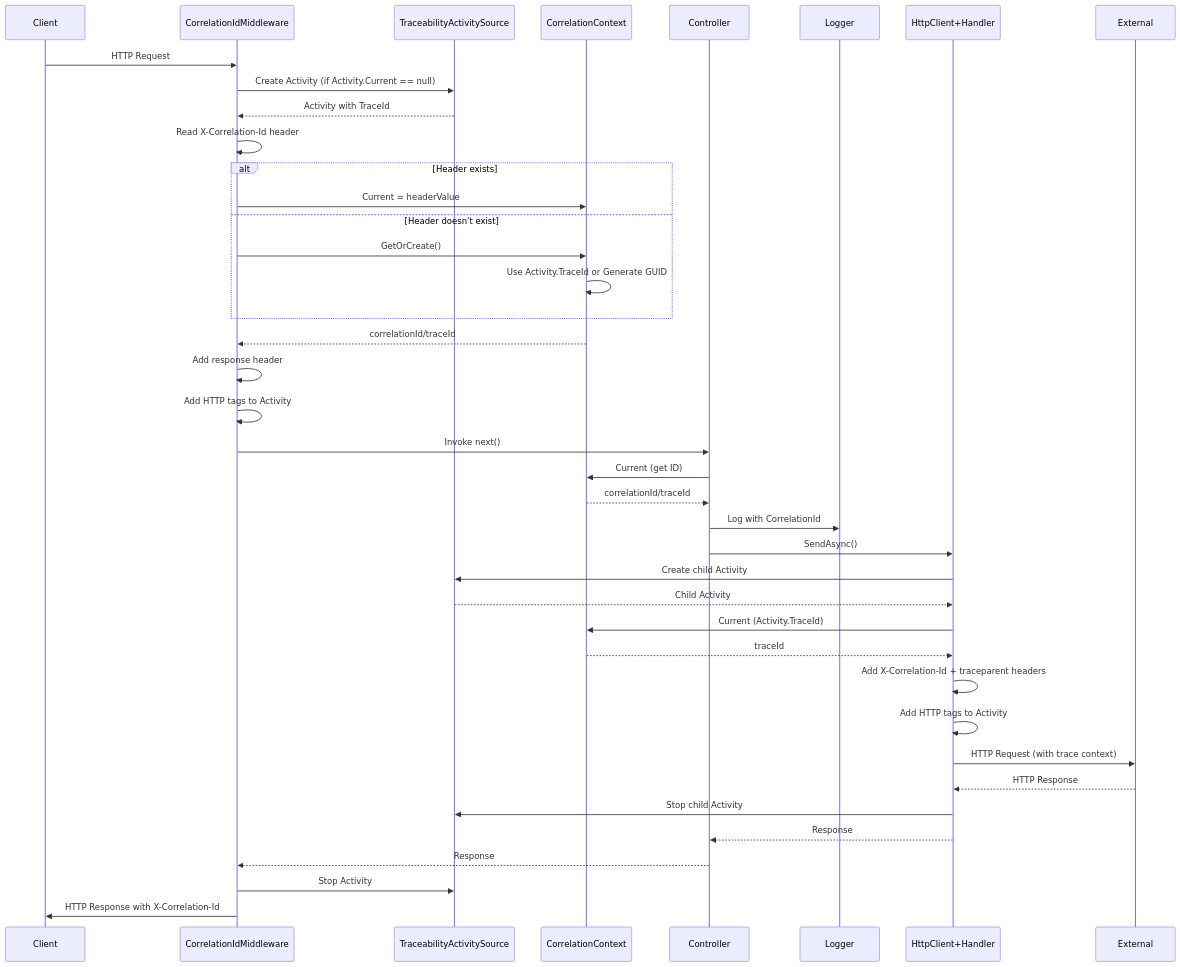
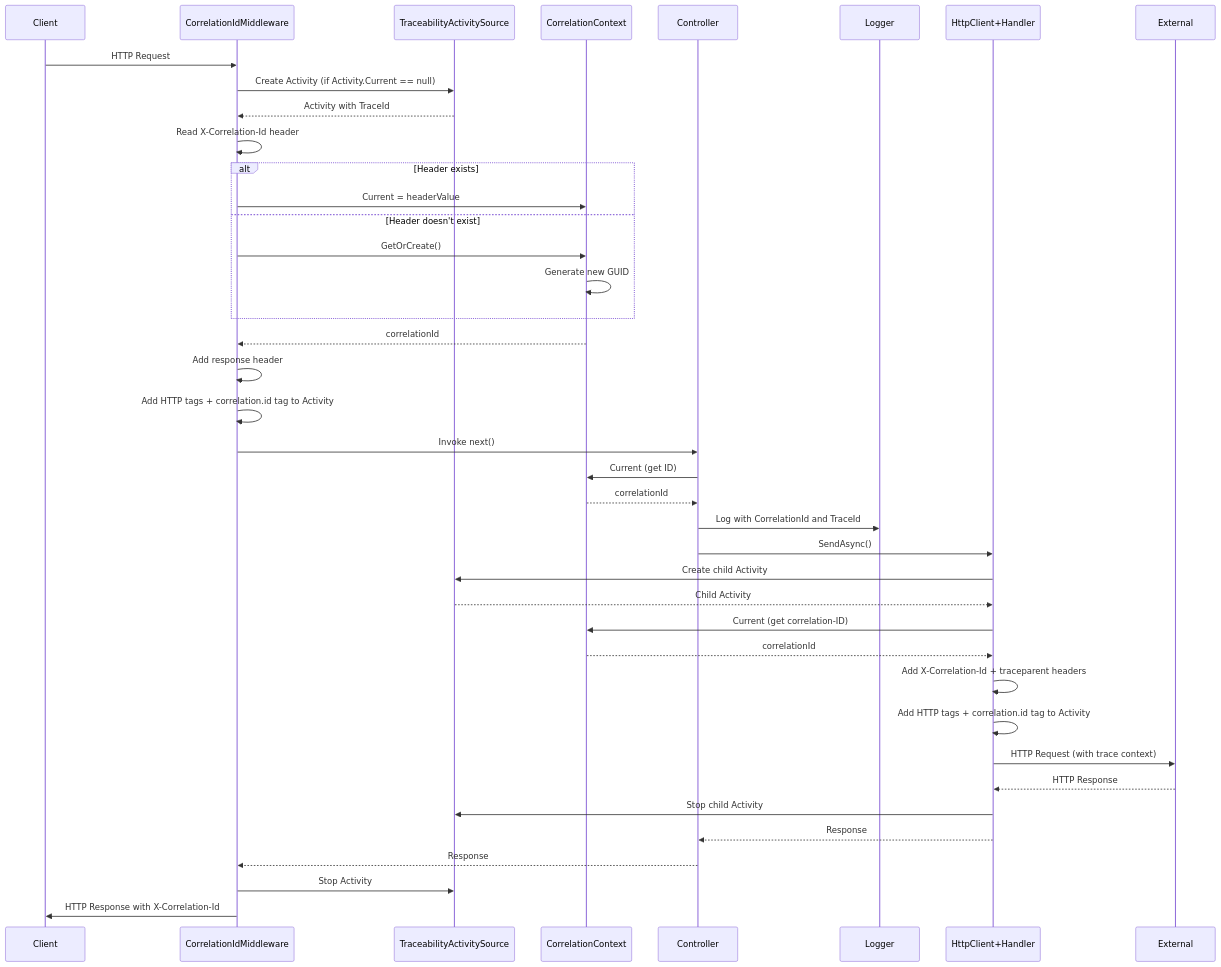
One commit to whitebeardit/traceability changed the third of 8 diagrams in docs/agents/architecture.md. Above: the diagram before and after it, drawn with Mermaid. The commit also changed other lines of this file and 38 other files, not shown here.

Commit message:
feat(core): refactor correlation-id independence from trace ID (#33)

````diff
--- a/docs/agents/architecture.md
+++ b/docs/agents/architecture.md
@@ -91,43 +93,43 @@
 ```mermaid
 sequenceDiagram
     participant Client
     participant Middleware as CorrelationIdMiddleware
     participant ActivitySource as TraceabilityActivitySource
     participant Context as CorrelationContext
     participant Controller
     participant Logger
     participant HttpClient as HttpClient+Handler
     participant External
 
     Client->>Middleware: HTTP Request
     Middleware->>ActivitySource: Create Activity (if Activity.Current == null)
     ActivitySource-->>Middleware: Activity with TraceId
     Middleware->>Middleware: Read X-Correlation-Id header
     alt Header exists
         Middleware->>Context: Current = headerValue
     else Header doesn't exist
         Middleware->>Context: GetOrCreate()
-        Context->>Context: Use Activity.TraceId or Generate GUID
+        Context->>Context: Generate new GUID
     end
-    Context-->>Middleware: correlationId/traceId
+    Context-->>Middleware: correlationId
     Middleware->>Middleware: Add response header
-    Middleware->>Middleware: Add HTTP tags to Activity
+    Middleware->>Middleware: Add HTTP tags + correlation.id tag to Activity
     Middleware->>Controller: Invoke next()
     Controller->>Context: Current (get ID)
-    Context-->>Controller: correlationId/traceId
-    Controller->>Logger: Log with CorrelationId
+    Context-->>Controller: correlationId
+    Controller->>Logger: Log with CorrelationId and TraceId
     Controller->>HttpClient: SendAsync()
     HttpClient->>ActivitySource: Create child Activity
     ActivitySource-->>HttpClient: Child Activity
-    HttpClient->>Context: Current (Activity.TraceId)
-    Context-->>HttpClient: traceId
+    HttpClient->>Context: Current (get correlation-ID)
+    Context-->>HttpClient: correlationId
     HttpClient->>HttpClient: Add X-Correlation-Id + traceparent headers
-    HttpClient->>HttpClient: Add HTTP tags to Activity
+    HttpClient->>HttpClient: Add HTTP tags + correlation.id tag to Activity
     HttpClient->>External: HTTP Request (with trace context)
     External-->>HttpClient: HTTP Response
     HttpClient->>ActivitySource: Stop child Activity
     HttpClient-->>Controller: Response
     Controller-->>Middleware: Response
     Middleware->>ActivitySource: Stop Activity
     Middleware->>Client: HTTP Response with X-Correlation-Id
 ```
````
